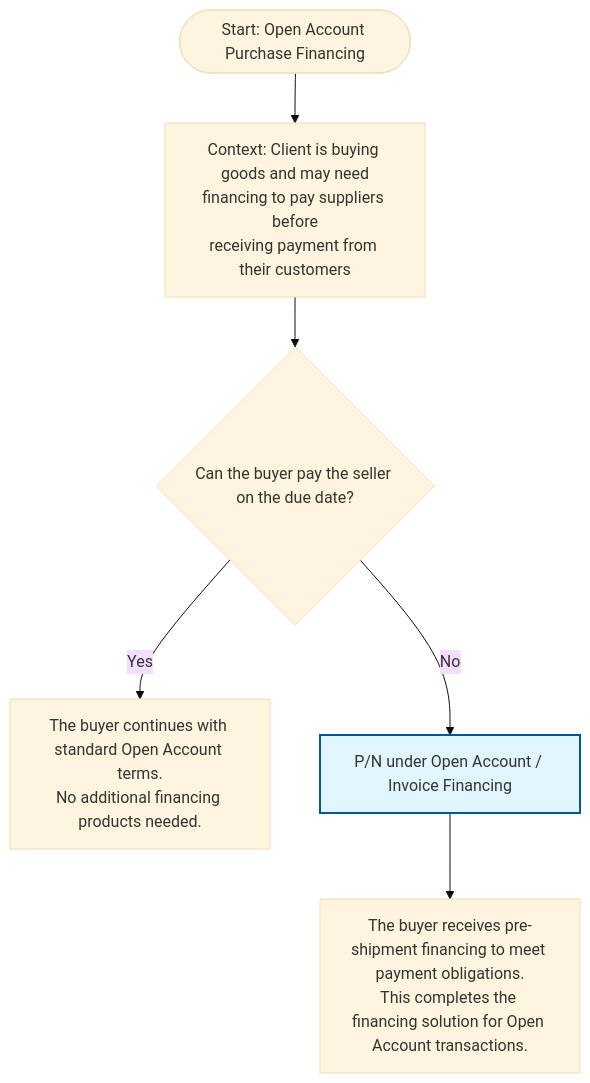
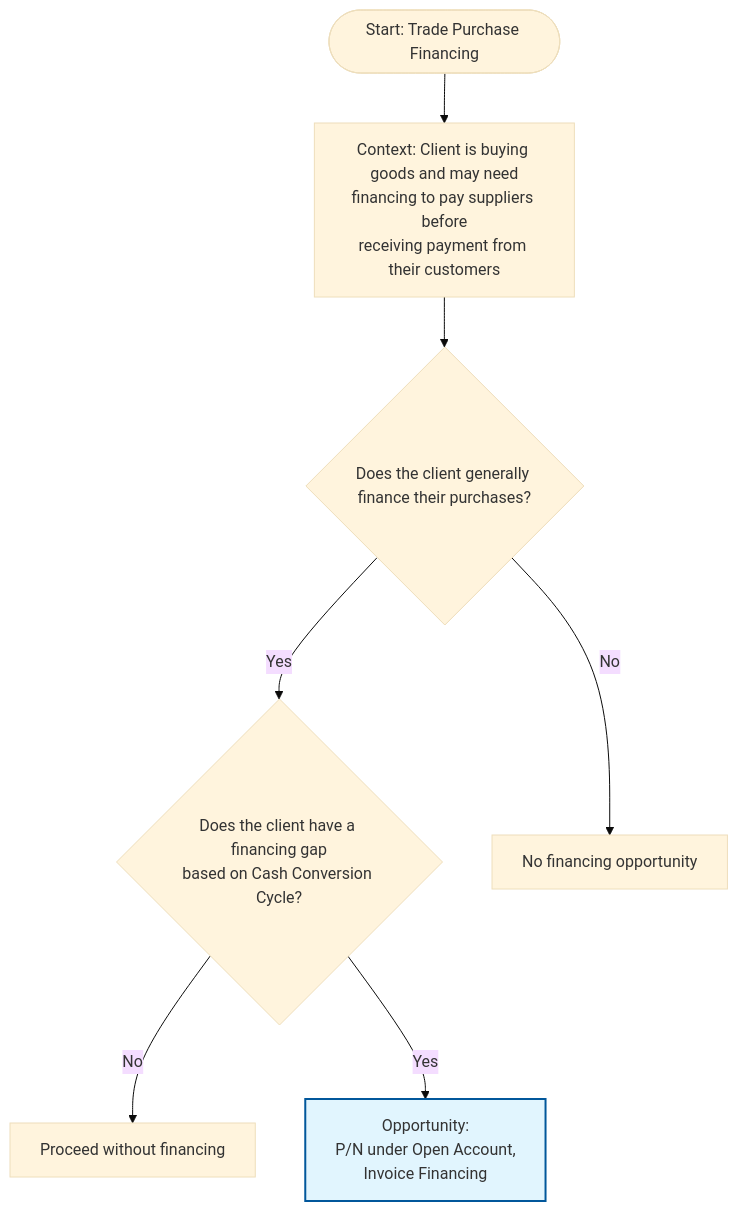
The diagram in tvc_decision_trees/oa_decision_trees/purchase_financing_tree.md (sage-develop/why), drawn with Mermaid (base theme) before and after one commit. The commit also changed other lines of this file and 2 other files, not shown here.

Commit message:
update oa and root tree

````diff
--- a/tvc_decision_trees/oa_decision_trees/purchase_financing_tree.md
+++ b/tvc_decision_trees/oa_decision_trees/purchase_financing_tree.md
@@ -11,11 +7,16 @@
 ```mermaid
 flowchart TD
-   Start(["Start: Open Account Purchase Financing"]) --> Context["Context: Client is buying goods and may need<br>financing to pay suppliers before<br>receiving payment from their customers"]
-   Context --> Q1{"Can the buyer pay the seller on the due date?"}
-   Q1 -- Yes --> End1["The buyer continues with standard Open Account terms.<br>No additional financing products needed."]
-   Q1 -- No --> Product1["P/N under Open Account / Invoice Financing"]
-   Product1 --> End2["The buyer receives pre-shipment financing to meet payment obligations.<br>This completes the financing solution for Open Account transactions."]
+    A(["Start: Trade Purchase Financing"]) --> n1["Context: Client is buying goods and may need<br>financing to pay suppliers before<br>receiving payment from their customers"]
+    n1 --> n2["Does the client generally finance their purchases?"]
+    n2 -- Yes --> J["Does the client have a financing gap<br>based on Cash Conversion Cycle?"]
+    n2 -- No --> n3["No financing opportunity"]
+    J -- No --> L["Proceed without financing"]
+    J -- Yes --> P1@{ label: "<span style=\"background-color:\">Opportunity:<br>P/N under Open Account, <br>Invoice Financing</span>" }
 
-   Product1:::productBox
-   classDef productBox fill:#e1f5fe,stroke:#01579b,stroke-width:2px
+    n2@{ shape: diam}
+    J@{ shape: diam}
+    n3@{ shape: rect}
+    P1@{ shape: rect}
+     P1:::productBox
+    classDef productBox fill:#e1f5fe,stroke:#01579b,stroke-width:2px
 ```
````
